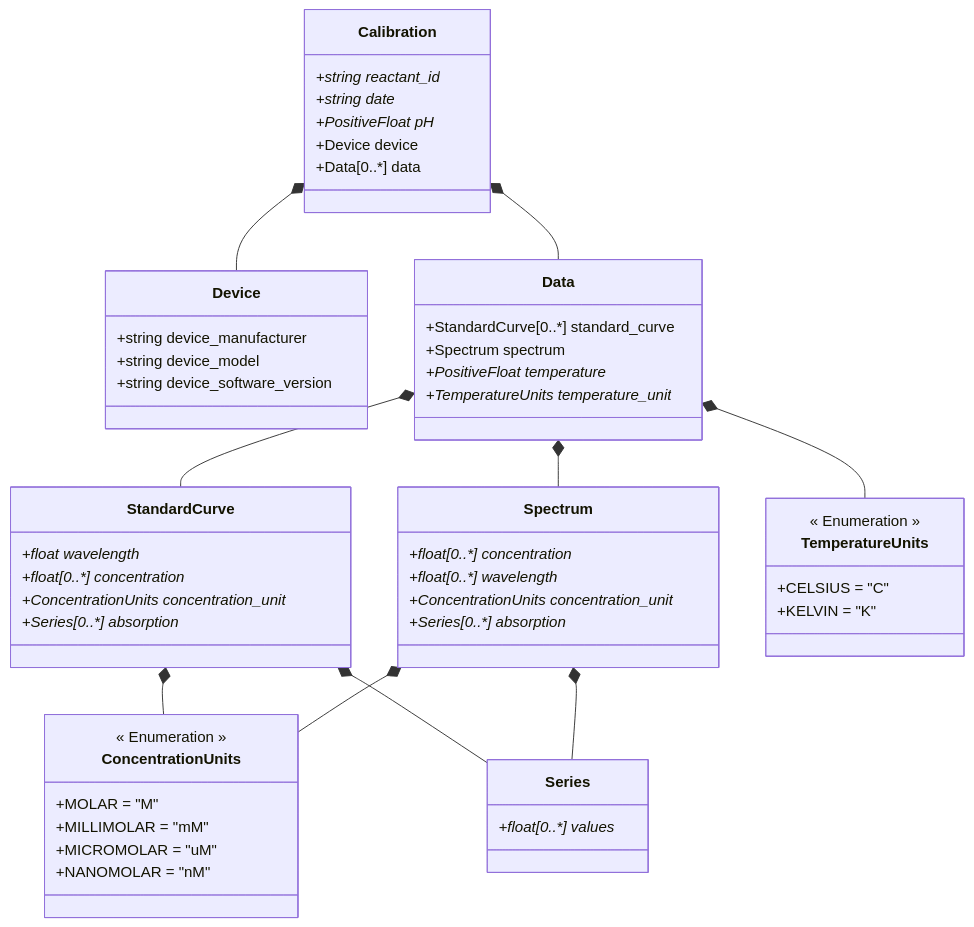
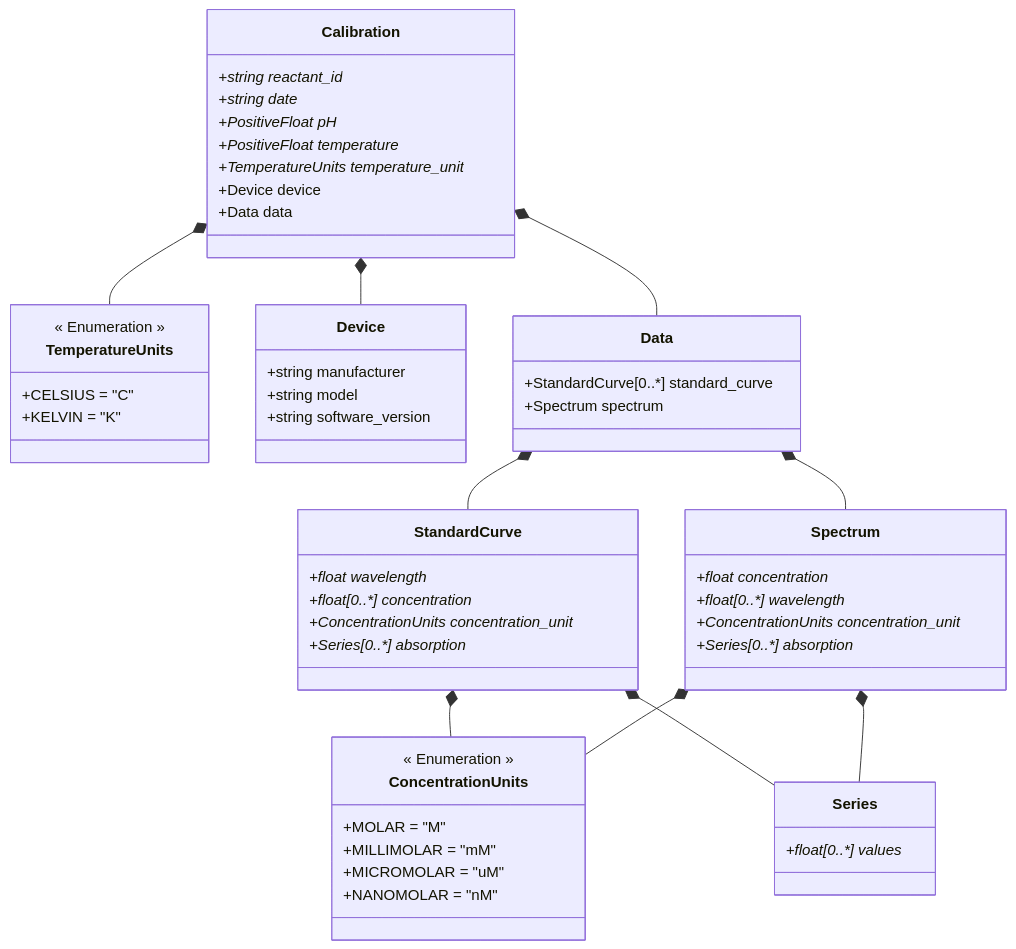
One commit to FAIRChemistry/datamodel_calibration changed the diagram in datamodel_calibration/schemes/CalibrationDatamodel.md. Above: the diagram before and after it, drawn with Mermaid. The commit also changed 5 other files, not shown here.

````diff
--- a/datamodel_calibration/schemes/CalibrationDatamodel.md
+++ b/datamodel_calibration/schemes/CalibrationDatamodel.md
@@ -1,66 +1,66 @@
 ```mermaid
 classDiagram
+    Calibration *-- TemperatureUnits
     Calibration *-- Device
     Calibration *-- Data
     Data *-- StandardCurve
     Data *-- Spectrum
-    Data *-- TemperatureUnits
     StandardCurve *-- ConcentrationUnits
     StandardCurve *-- Series
     Spectrum *-- ConcentrationUnits
     Spectrum *-- Series
     
     class Calibration {
         +string reactant_id*
         +string date*
         +PositiveFloat pH*
+        +PositiveFloat temperature*
+        +TemperatureUnits temperature_unit*
         +Device device
-        +Data[0..*] data
+        +Data data
     }
     
     class Device {
-        +string device_manufacturer
-        +string device_model
-        +string device_software_version
+        +string manufacturer
+        +string model
+        +string software_version
     }
     
     class Data {
         +StandardCurve[0..*] standard_curve
         +Spectrum spectrum
-        +PositiveFloat temperature*
-        +TemperatureUnits temperature_unit*
     }
     
     class StandardCurve {
         +float wavelength*
         +float[0..*] concentration*
         +ConcentrationUnits concentration_unit*
         +Series[0..*] absorption*
     }
     
     class Spectrum {
-        +float[0..*] concentration*
+        +float concentration*
         +float[0..*] wavelength*
         +ConcentrationUnits concentration_unit*
         +Series[0..*] absorption*
     }
     
     class Series {
         +float[0..*] values*
     }
     
     class TemperatureUnits {
         << Enumeration >>
         +CELSIUS = "C"
         +KELVIN = "K"
     }
     
     class ConcentrationUnits {
         << Enumeration >>
         +MOLAR = "M"
         +MILLIMOLAR = "mM"
         +MICROMOLAR = "uM"
         +NANOMOLAR = "nM"
     }
     
 ```
````
